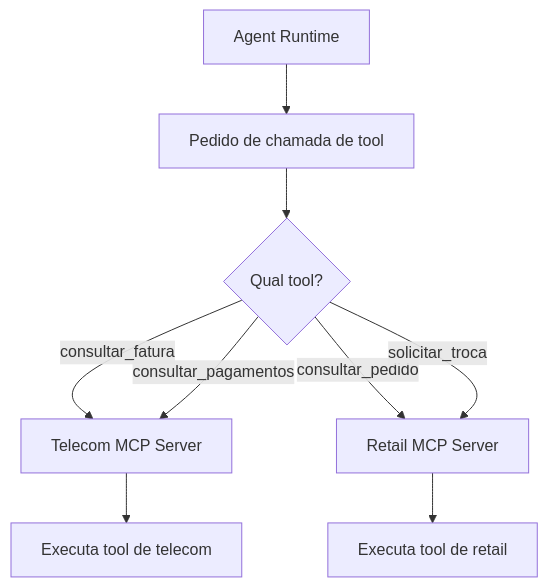
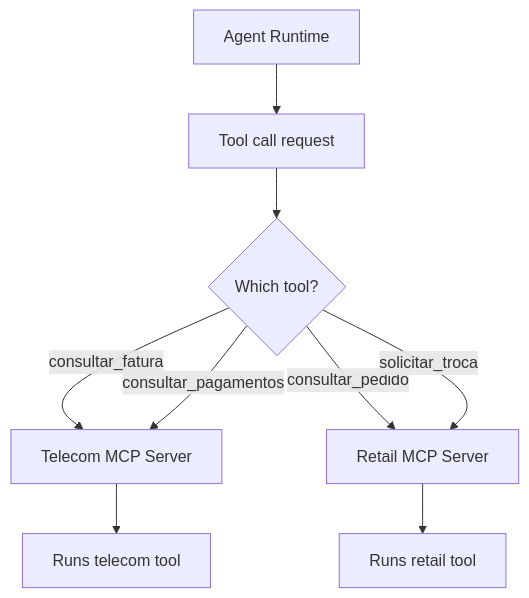
The sixth of 8 diagrams in README.md (hoshikawa2/agent_framework_oci_2), drawn with Mermaid before and after one commit. The commit also changed other lines of this file, not shown here.

Commit message:
examples of graph flow

````diff
--- a/README.md
+++ b/README.md
@@ -4199,15 +4187,15 @@
 ```mermaid
 flowchart TD
 
-    A[Agent Runtime] --> B[Pedido de chamada de tool]
+    A[Agent Runtime] --> B[Tool call request]
 
-    B --> C{Qual tool?}
+    B --> C{Which tool?}
 
     C -->|consultar_fatura| D[Telecom MCP Server]
     C -->|consultar_pagamentos| D
     C -->|consultar_pedido| E[Retail MCP Server]
     C -->|solicitar_troca| E
 
-    D --> F[Executa tool de telecom]
-    E --> G[Executa tool de retail]
+    D --> F[Runs telecom tool]
+    E --> G[Runs retail tool]
 ```
````
